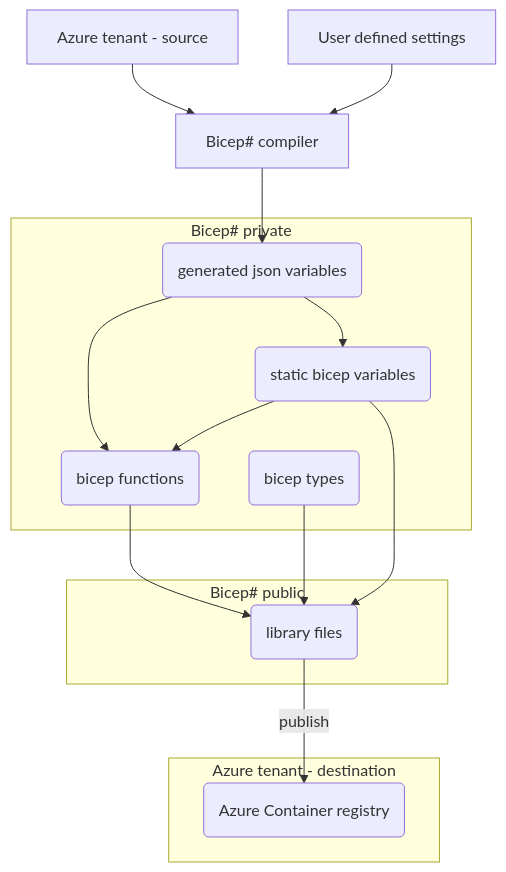
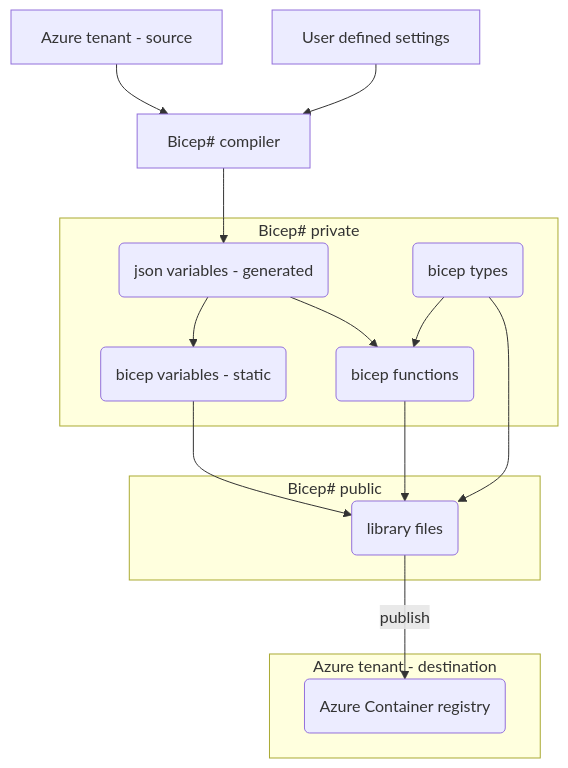
The diagram in README.md (erwinkramer/bicep-sharp), drawn with Mermaid before and after one commit.

````diff
--- a/README.md
+++ b/README.md
@@ -91,35 +91,34 @@
 ```mermaid
 flowchart TB
 
 ats[Azure tenant - source]
 udv[User defined settings]
 compiler[Bicep# compiler]
 
 subgraph atd[Azure tenant - destination]
     acr(Azure Container registry)
 end
 
 subgraph Bicep# public
     publib(library files)
 end
 
 subgraph Bicep# private
-    pconst --> pfunc(bicep functions)
-    pgen(generated json variables) --> pfunc
-    ptypes(bicep types)
-    pgen --> pconst
-    pconst(static bicep variables)
+    pgen(json variables - generated) --> pconst
+    ptypes(bicep types) --> pfunc
+    pfunc(bicep functions)
+    pconst(bicep variables - static)
 end
-
 
 pfunc --> publib
 pconst --> publib
 ptypes --> publib
 
 publib -- publish --> acr
 
 ats --> compiler
 udv --> compiler
 
 compiler --> pgen
+pgen --> pfunc
 ```
````
